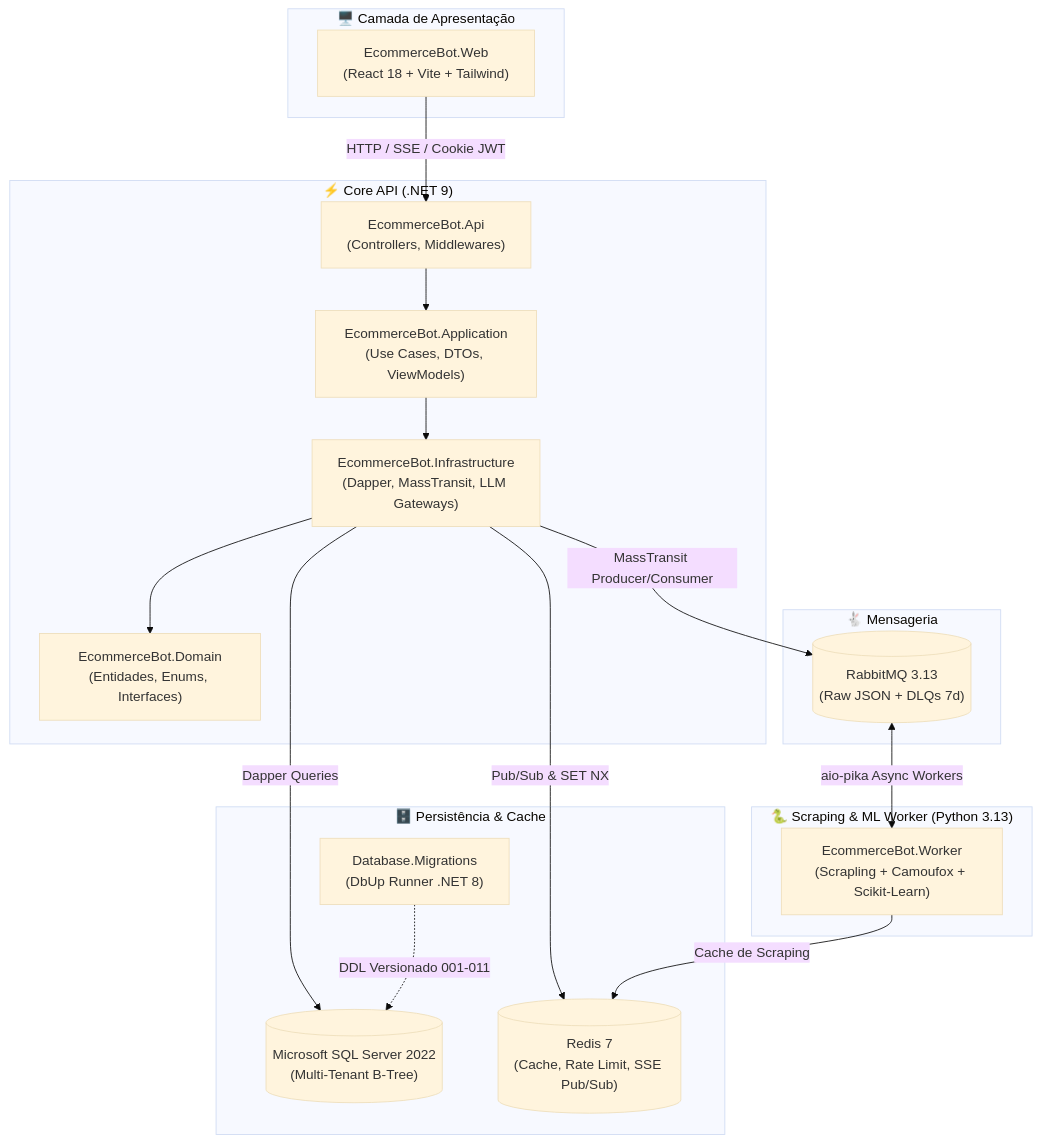
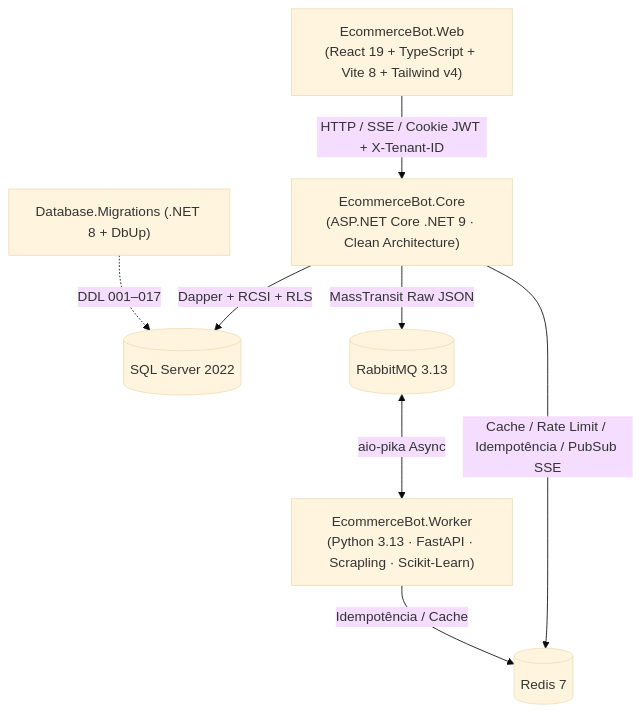
Before and after one commit to gregrymqt/ecomerce-bot: the diagram in docs/architecture.md, drawn with Mermaid (base theme). The commit also changed other lines of this file and 39 other files, not shown here.

Commit message:
chore: wire graft context graph and consolidate docs/agent guidelines

````diff
--- a/docs/architecture.md
+++ b/docs/architecture.md
@@ -11,38 +11,10 @@
 ```mermaid
 flowchart TD
-    subgraph Client ["🖥️ Camada de Apresentação"]
-        SPA["EcommerceBot.Web<br/>(React 18 + Vite + Tailwind)"]
-    end
-
-    subgraph CoreBackend ["⚡ Core API (.NET 9)"]
-        API["EcommerceBot.Api<br/>(Controllers, Middlewares)"]
-        APP["EcommerceBot.Application<br/>(Use Cases, DTOs, ViewModels)"]
-        INFRA["EcommerceBot.Infrastructure<br/>(Dapper, MassTransit, LLM Gateways)"]
-        DOMAIN["EcommerceBot.Domain<br/>(Entidades, Enums, Interfaces)"]
-    end
-
-    subgraph DataTier ["🗄️ Persistência & Cache"]
-        MSSQL[("Microsoft SQL Server 2022<br/>(Multi-Tenant B-Tree)")]
-        REDIS[("Redis 7<br/>(Cache, Rate Limit, SSE Pub/Sub)")]
-        MIGRATIONS["Database.Migrations<br/>(DbUp Runner .NET 8)"]
-    end
-
-    subgraph MessagingTier ["🐇 Mensageria"]
-        RABBIT[("RabbitMQ 3.13<br/>(Raw JSON + DLQs 7d)")]
-    end
-
-    subgraph AIEngine ["🐍 Scraping & ML Worker (Python 3.13)"]
-        WORKER["EcommerceBot.Worker<br/>(Scrapling + Camoufox + Scikit-Learn)"]
-    end
-
-    SPA -->|HTTP / SSE / Cookie JWT| API
-    API --> APP
-    APP --> INFRA
-    INFRA --> DOMAIN
-    INFRA -->|Dapper Queries| MSSQL
-    INFRA -->|Pub/Sub & SET NX| REDIS
-    INFRA -->|MassTransit Producer/Consumer| RABBIT
-    MIGRATIONS -.->|DDL Versionado 001-011| MSSQL
-    RABBIT <-->|aio-pika Async Workers| WORKER
-    WORKER -->|Cache de Scraping| REDIS
+    SPA["EcommerceBot.Web<br/>(React 19 + TypeScript + Vite 8 + Tailwind v4)"] -->|HTTP / SSE / Cookie JWT + X-Tenant-ID| API["EcommerceBot.Core<br/>(ASP.NET Core .NET 9 · Clean Architecture)"]
+    API -->|Dapper + RCSI + RLS| MSSQL[("SQL Server 2022")]
+    API -->|Cache / Rate Limit / Idempotência / PubSub SSE| Redis[("Redis 7")]
+    API -->|MassTransit Raw JSON| Rabbit[("RabbitMQ 3.13")]
+    Rabbit <-->|aio-pika Async| Worker["EcommerceBot.Worker<br/>(Python 3.13 · FastAPI · Scrapling · Scikit-Learn)"]
+    Worker -->|Idempotência / Cache| Redis
+    Migrations["Database.Migrations (.NET 8 + DbUp)"] -.->|DDL 001–017| MSSQL
 ```
````
